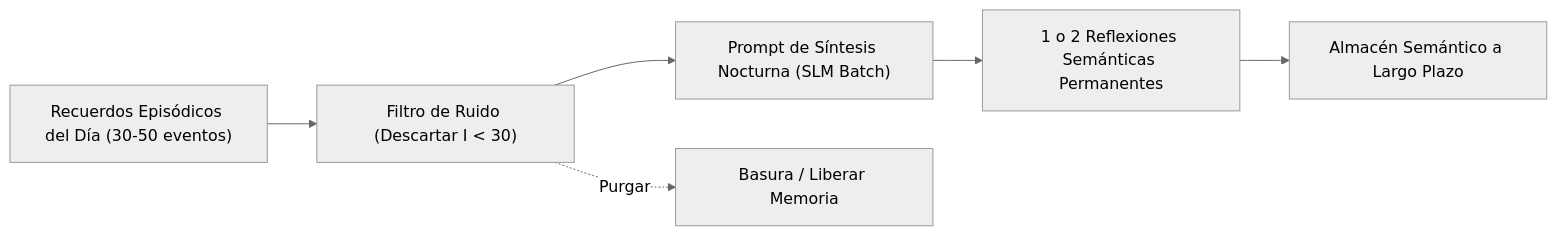
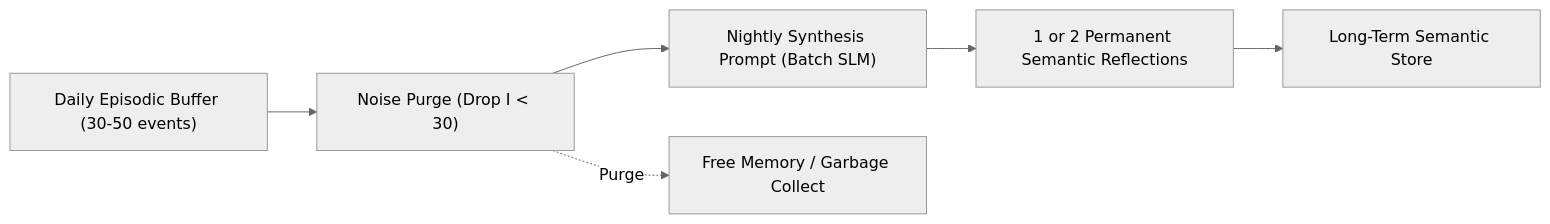
The diagram in docs/05-memory-and-cognitive-pipeline.md (mcarbonell/sentient-npc-architecture), drawn with Mermaid (neutral theme) before and after one commit. The commit also changed other lines of this file and 7 other files, not shown here.

Commit message:
docs: add comprehensive design and architecture documentation for sentient NPC system

````diff
--- a/docs/05-memory-and-cognitive-pipeline.md
+++ b/docs/05-memory-and-cognitive-pipeline.md
@@ -86,8 +86,8 @@
 ```mermaid
 flowchart LR
-    A["Recuerdos Episódicos del Día (30-50 eventos)"] --> B["Filtro de Ruido (Descartar I < 30)"]
-    B --> C["Prompt de Síntesis Nocturna (SLM Batch)"]
-    C --> D["1 o 2 Reflexiones Semánticas Permanentes"]
-    D --> E["Almacén Semántico a Largo Plazo"]
-    B -.->|"Purgar"| F["Basura / Liberar Memoria"]
+    A["Daily Episodic Buffer (30-50 events)"] --> B["Noise Purge (Drop I < 30)"]
+    B --> C["Nightly Synthesis Prompt (Batch SLM)"]
+    C --> D["1 or 2 Permanent Semantic Reflections"]
+    D --> E["Long-Term Semantic Store"]
+    B -.->|"Purge"| F["Free Memory / Garbage Collect"]
 ```
````
